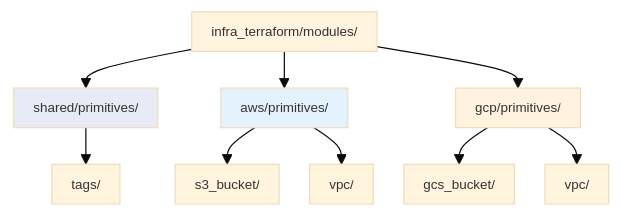
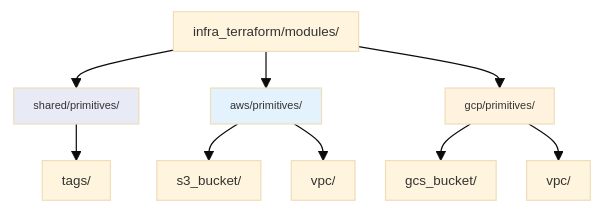
The first of 8 diagrams in docs/war_stories/WAR_STORIES_CLOUD_SHARED.md (horselord-joe-8053/ultra-fru-genai-analytics-new), drawn with Mermaid before and after one commit. The commit also changed other lines of this file and 5 other files, not shown here.

````diff
--- a/docs/war_stories/WAR_STORIES_CLOUD_SHARED.md
+++ b/docs/war_stories/WAR_STORIES_CLOUD_SHARED.md
@@ -705,16 +794,16 @@
 ```mermaid
 %%{init: {'theme': 'base', 'themeVariables': { 'fontSize': '11px', 'fontFamily': 'sans-serif' }, 'flowchart': { 'padding': 8, 'nodeSpacing': 25, 'rankSpacing': 30 }}}%%
 flowchart TB
     ROOT["infra_terraform/modules/"]
     ROOT --> SHARED["shared/primitives/"]
     ROOT --> AWS["aws/primitives/"]
     ROOT --> GCP["gcp/primitives/"]
     SHARED --> TAGS["tags/"]
     AWS --> S3["s3_bucket/"]
     AWS --> VPC["vpc/"]
     GCP --> GCS["gcs_bucket/"]
     GCP --> GCPVPC["vpc/"]
-    style SHARED fill:#e8eaf6
-    style AWS fill:#e3f2fd
-    style GCP fill:#fff3e0
+    style SHARED fill:#e8eaf6,font-size:9px
+    style AWS fill:#e3f2fd,font-size:9px
+    style GCP fill:#fff3e0,font-size:9px
 ```
````
